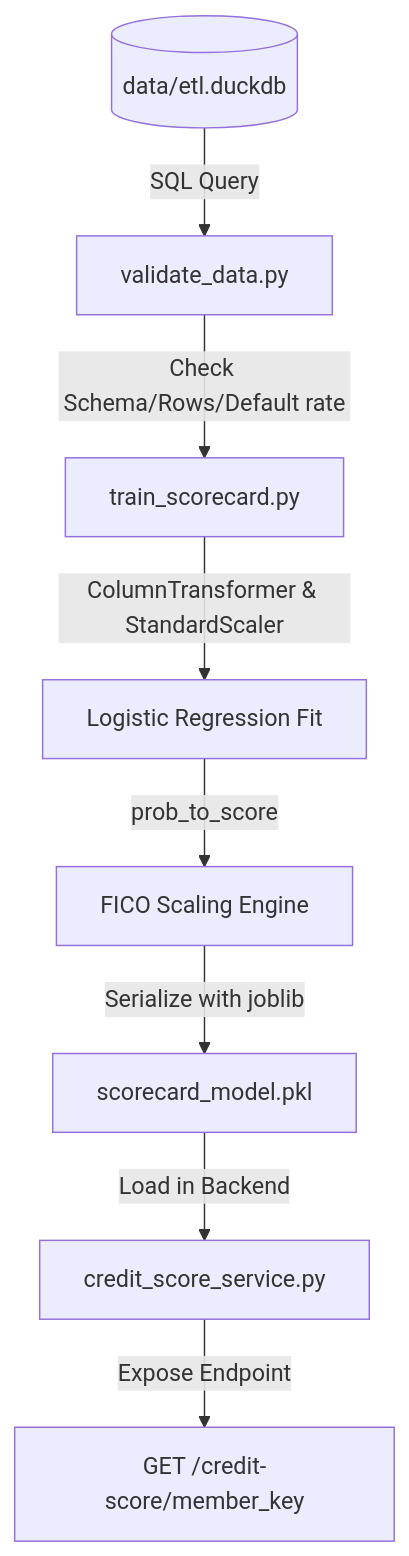
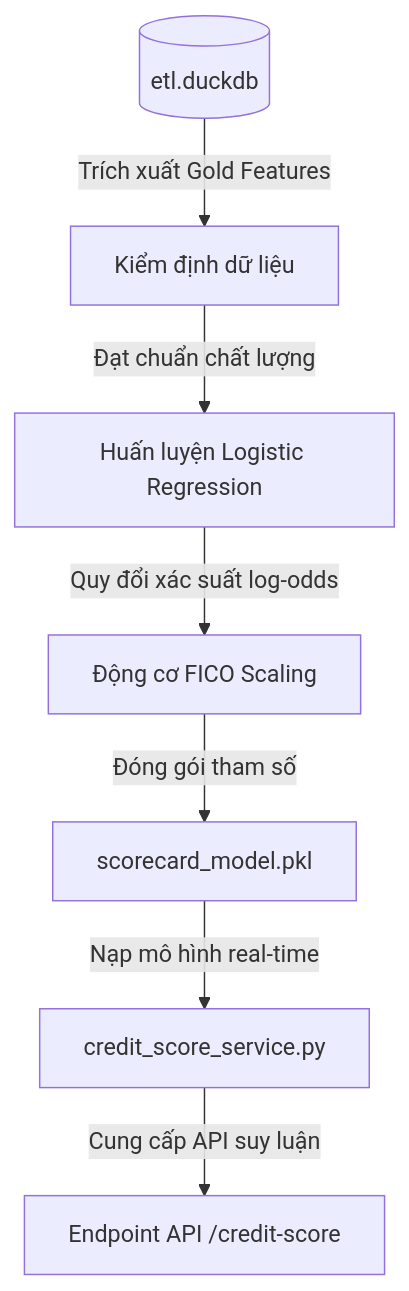
The diagram in docs/ml/scorecard_training_detail.md (VTD0102/Loan_ETL), drawn with Mermaid before and after one commit. The commit also changed other lines of this file and 5 other files, not shown here.

````diff
--- a/docs/ml/scorecard_training_detail.md
+++ b/docs/ml/scorecard_training_detail.md
@@ -20,10 +11,9 @@
 ```mermaid
 graph TD
-    A[(data/etl.duckdb)] -->|SQL Query| B[validate_data.py]
-    B -->|Check Schema/Rows/Default rate| C[train_scorecard.py]
-    C -->|ColumnTransformer & StandardScaler| D[Logistic Regression Fit]
-    D -->|prob_to_score| E[FICO Scaling Engine]
-    E -->|Serialize with joblib| F[scorecard_model.pkl]
-    F -->|Load in Backend| G[credit_score_service.py]
-    G -->|Expose Endpoint| H[GET /credit-score/member_key]
+    A[(etl.duckdb)] -->|Trích xuất Gold Features| B[Kiểm định dữ liệu]
+    B -->|Đạt chuẩn chất lượng| C[Huấn luyện Logistic Regression]
+    C -->|Quy đổi xác suất log-odds| D[Động cơ FICO Scaling]
+    D -->|Đóng gói tham số| E[scorecard_model.pkl]
+    E -->|Nạp mô hình real-time| F[credit_score_service.py]
+    F -->|Cung cấp API suy luận| G[Endpoint API /credit-score]
 ```
````
